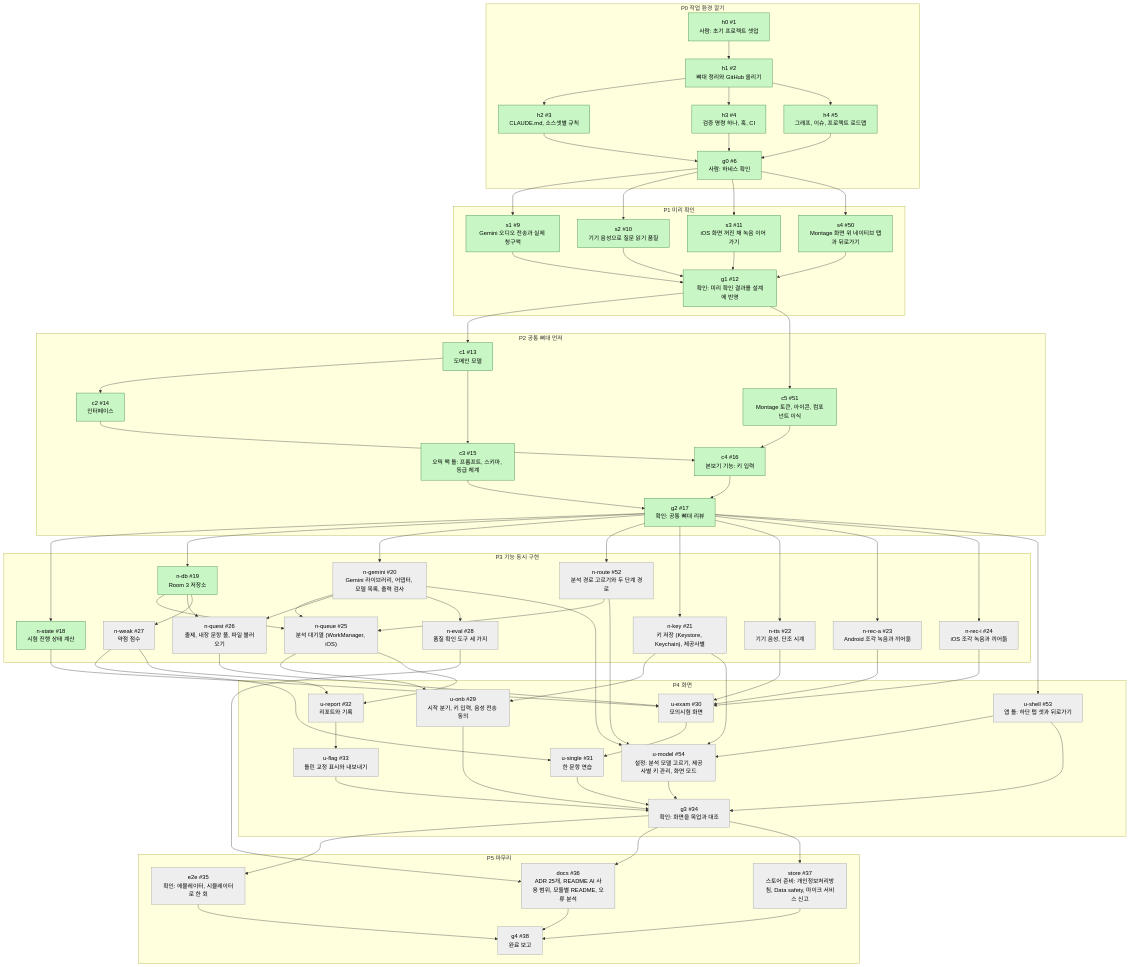
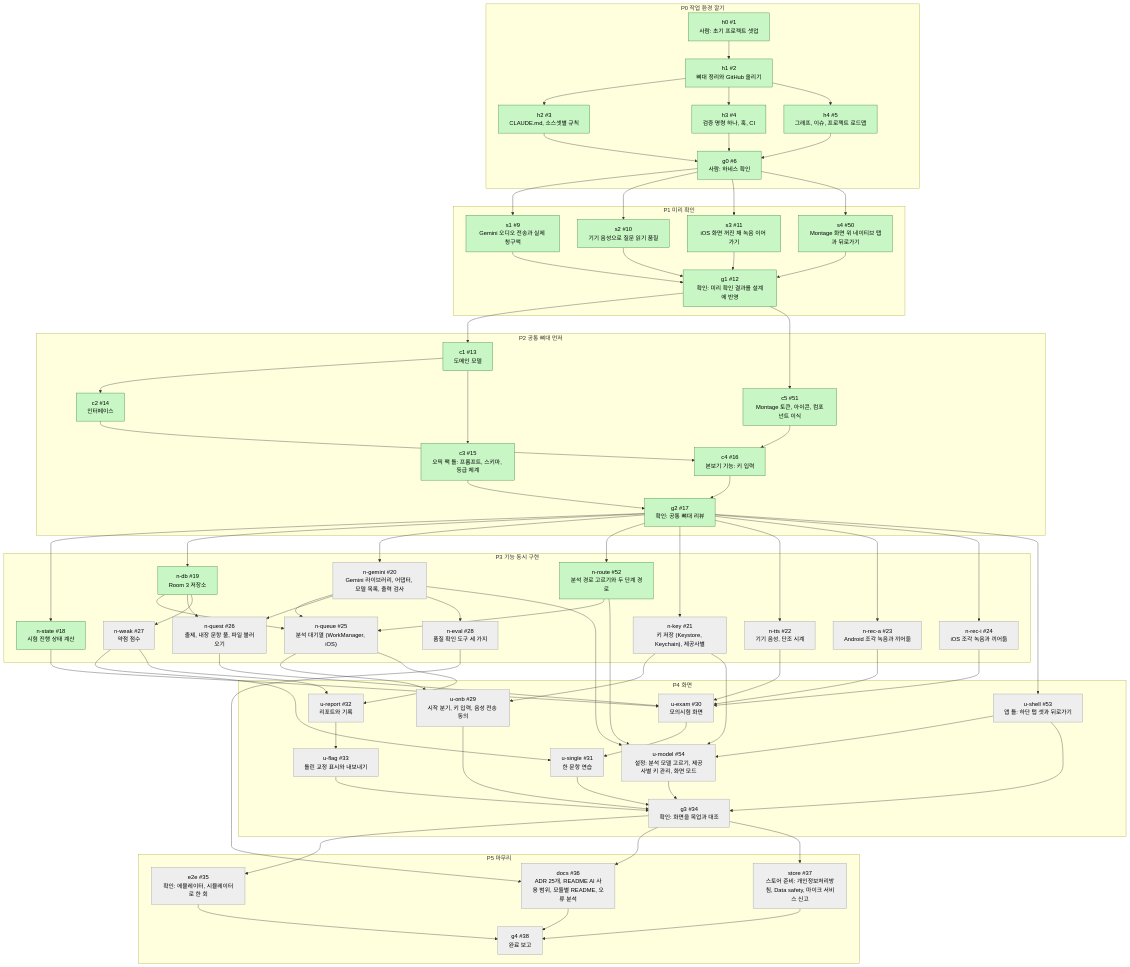
Before and after one commit to nosorae/AiOpicSelfStudy: the first of 2 diagrams in docs/graph/dev-graph.md, drawn with Mermaid. The commit also changed other lines of this file and 3 other files, not shown here.

````diff
--- a/docs/graph/dev-graph.md
+++ b/docs/graph/dev-graph.md
@@ -127,9 +127,9 @@
   docs --> g4
   store --> g4
   classDef todo fill:#eeeeee,stroke:#999999,color:#000
-  class n_gemini,n_route,n_key,n_tts,n_rec_a,n_rec_i,n_queue,n_quest,n_weak,n_eval,u_onb,u_shell,u_exam,u_single,u_report,u_flag,u_model,g3,e2e,docs,store,g4 todo
+  class n_gemini,n_key,n_tts,n_rec_a,n_rec_i,n_queue,n_quest,n_weak,n_eval,u_onb,u_shell,u_exam,u_single,u_report,u_flag,u_model,g3,e2e,docs,store,g4 todo
   classDef doing fill:#fff3b0,stroke:#d4a017,color:#000
   classDef done fill:#c8f7c5,stroke:#2e7d32,color:#000
-  class h0,h1,h2,h3,h4,g0,s1,s2,s3,s4,g1,c1,c2,c3,c5,c4,g2,n_state,n_db done
+  class h0,h1,h2,h3,h4,g0,s1,s2,s3,s4,g1,c1,c2,c3,c5,c4,g2,n_state,n_db,n_route done
   classDef blocked fill:#ffcdd2,stroke:#c62828,color:#000
 ```
````
